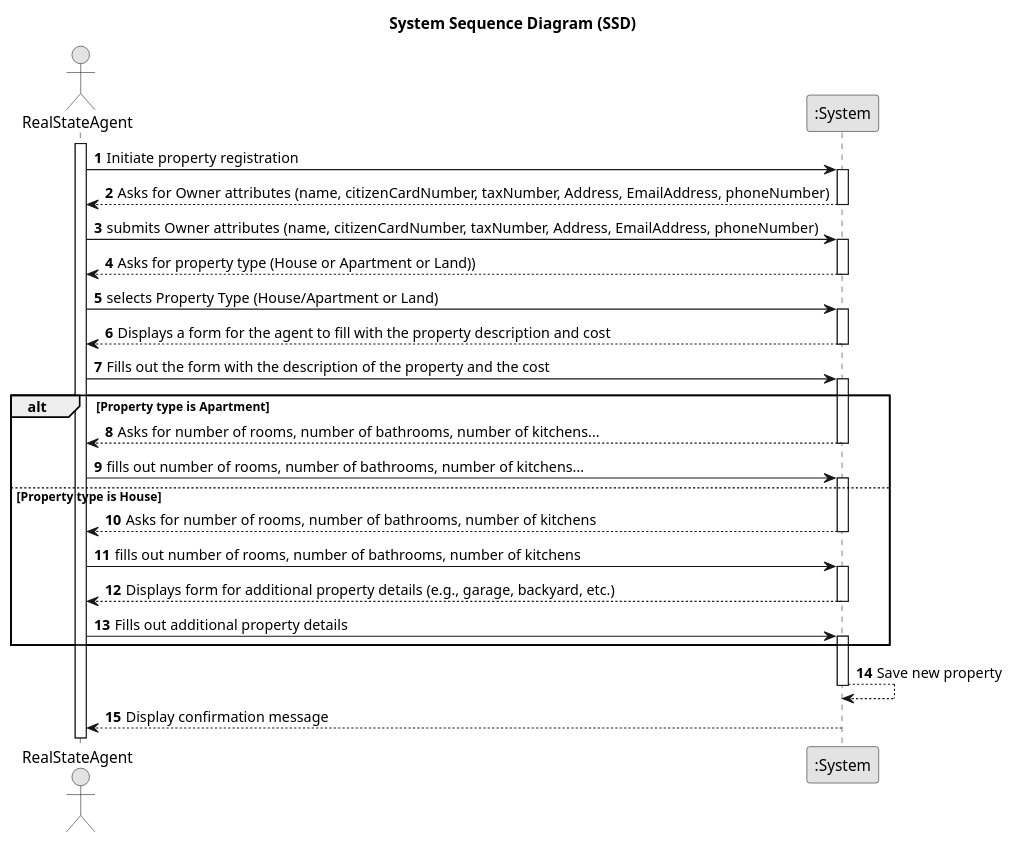
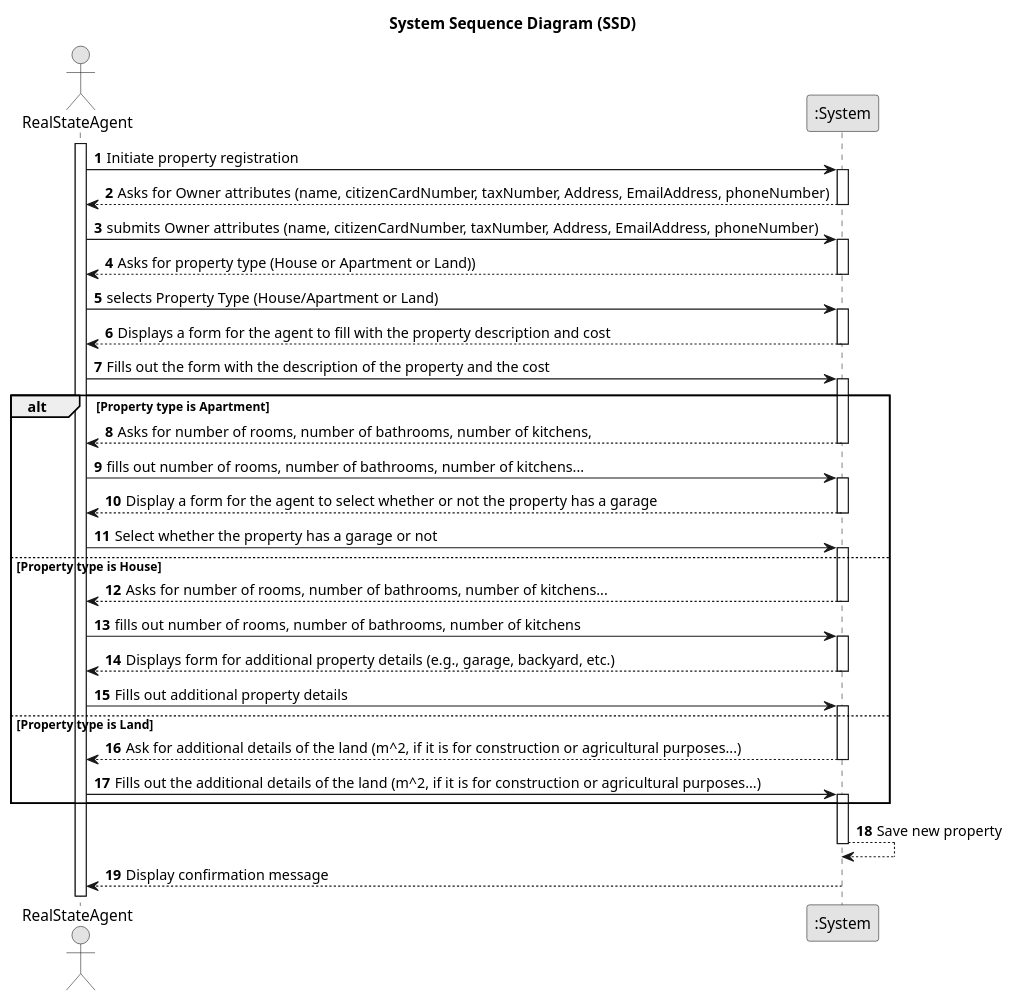
Before and after one commit to hugosilva2901/lei-22-s2-1DO-g68: the diagram in lei-22-s2-1do-g68/docs/sprintA/us002/01.requirements-engineering/puml/us002-System-Sequence-Diagram-Alternative-One.puml, drawn with PlantUML. The commit also changed 4 other files, not shown here.

```diff
--- a/lei-22-s2-1do-g68/docs/sprintA/us002/01.requirements-engineering/puml/us002-System-Sequence-Diagram-Alternative-One.puml
+++ b/lei-22-s2-1do-g68/docs/sprintA/us002/01.requirements-engineering/puml/us002-System-Sequence-Diagram-Alternative-One.puml
@@ -1,64 +1,78 @@
 @startuml
 skinparam monochrome true
 skinparam packageStyle rectangle
 skinparam shadowing false
 
 title System Sequence Diagram (SSD)
 
 autonumber
 actor "RealStateAgent" as User
 participant ":System" as System
 
 activate User
 
 User -> System : Initiate property registration
 activate System
 
 System --> User : Asks for Owner attributes (name, citizenCardNumber, taxNumber, Address, EmailAddress, phoneNumber)
 deactivate System
 
 User -> System : submits Owner attributes (name, citizenCardNumber, taxNumber, Address, EmailAddress, phoneNumber)
 activate System
 
 System --> User : Asks for property type (House or Apartment or Land))
 deactivate System
 
 User -> System : selects Property Type (House/Apartment or Land)
 activate System
 
 System --> User : Displays a form for the agent to fill with the property description and cost
 deactivate System
 
 User -> System : Fills out the form with the description of the property and the cost
 activate System
 
 alt Property type is Apartment
 
-    System --> User : Asks for number of rooms, number of bathrooms, number of kitchens...
-    deactivate System
+System --> User : Asks for number of rooms, number of bathrooms, number of kitchens,
+deactivate System
 
-    User -> System : fills out number of rooms, number of bathrooms, number of kitchens...
-    activate System
+User -> System : fills out number of rooms, number of bathrooms, number of kitchens...
+activate System
 
-    else Property type is House
+System --> User : Display a form for the agent to select whether or not the property has a garage
+deactivate System
 
-        System --> User : Asks for number of rooms, number of bathrooms, number of kitchens
-        deactivate System
+User -> System : Select whether the property has a garage or not
+activate System
 
-        User -> System : fills out number of rooms, number of bathrooms, number of kitchens
-        activate System
+else Property type is House
 
-        System --> User : Displays form for additional property details (e.g., garage, backyard, etc.)
-        deactivate System
+System --> User : Asks for number of rooms, number of bathrooms, number of kitchens...
+deactivate System
 
-        User -> System : Fills out additional property details
-        activate System
+User -> System : fills out number of rooms, number of bathrooms, number of kitchens
+activate System
+
+System --> User : Displays form for additional property details (e.g., garage, backyard, etc.)
+deactivate System
+
+User -> System : Fills out additional property details
+activate System
+
+else Property type is Land
+
+System --> User : Ask for additional details of the land (m^2, if it is for construction or agricultural purposes...)
+deactivate System
+
+User -> System : Fills out the additional details of the land (m^2, if it is for construction or agricultural purposes...)
+activate System
 
 end
 
 System --> System: Save new property
 deactivate System
 
 System --> User: Display confirmation message
 deactivate System
 @enduml
```
